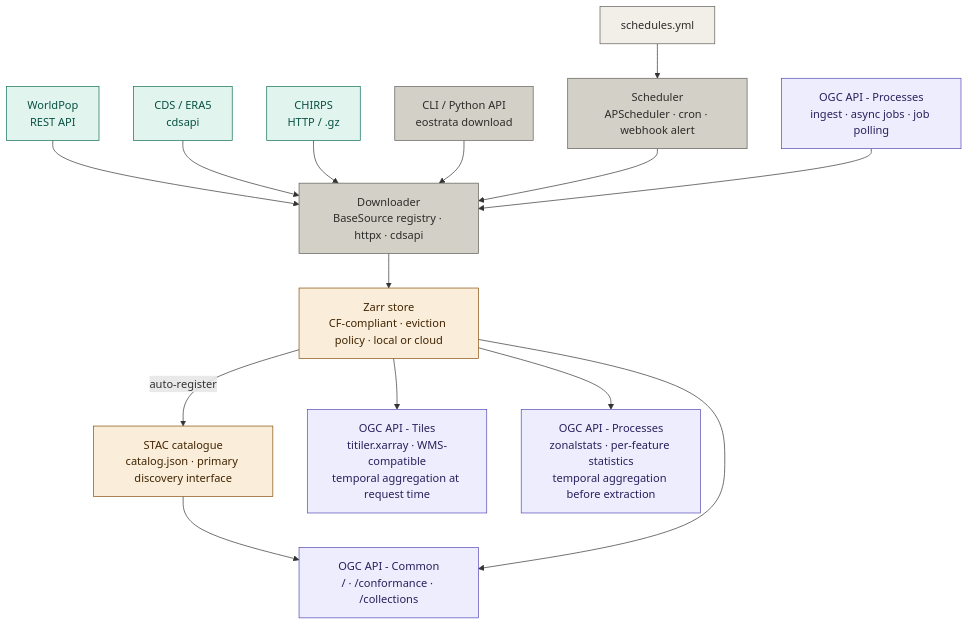
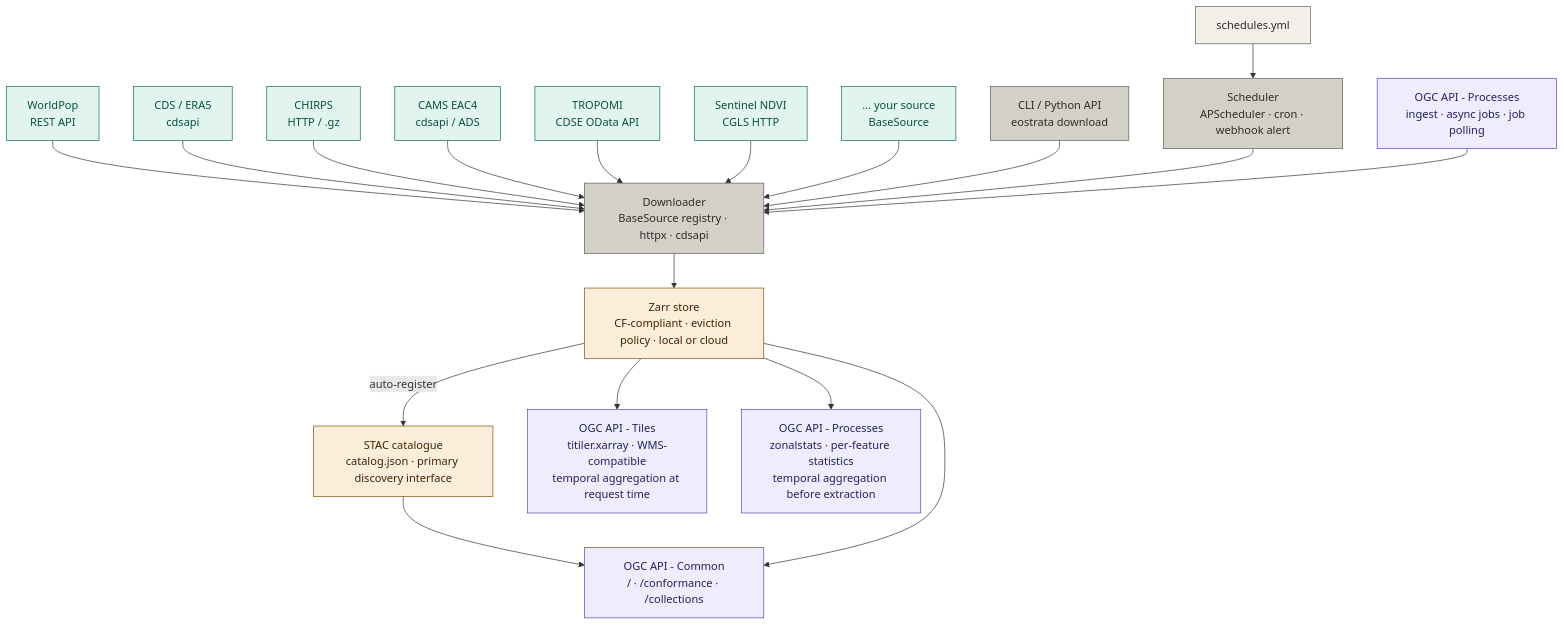
The diagram in README.md (BRaimbault/eostrata), drawn with Mermaid before and after one commit. The commit also changed other lines of this file and 13 other files, not shown here.

First line of the commit message:
feat: add CAMS and TROPOMI air pollution sources (#9)

````diff
--- a/README.md
+++ b/README.md
@@ -29,36 +36,40 @@
 ```mermaid
 flowchart TD
     WP["WorldPop\nREST API"]:::src
     CDS["CDS / ERA5\ncdsapi"]:::src
     CH["CHIRPS\nHTTP / .gz"]:::src
+    CAMS["CAMS EAC4\ncdsapi / ADS"]:::src
+    TR["TROPOMI\nCDSE OData API"]:::src
+    ND["Sentinel NDVI\nCGLS HTTP"]:::src
+    MORE["… your source\nBaseSource"]:::src
 
     CLI["CLI / Python API\neostrata download"]:::infra
     SCH["Scheduler\nAPScheduler · cron · webhook alert"]:::infra
     SY["schedules.yml"]:::config
 
     DL["Downloader\nBaseSource registry · httpx · cdsapi"]:::infra
 
     ZS["Zarr store\nCF-compliant · eviction policy · local or cloud"]:::store
     CAT["STAC catalogue\ncatalog.json · primary discovery interface"]:::store
 
     TILE["OGC API - Tiles\ntitiler.xarray · WMS-compatible\ntemporal aggregation at request time"]:::serve
     ZON["OGC API - Processes\nzonalstats · per-feature statistics\ntemporal aggregation before extraction"]:::serve
     ING["OGC API - Processes\ningest · async jobs · job polling"]:::serve
     OGC["OGC API - Common\n/ · /conformance · /collections"]:::serve
 
-    WP & CDS & CH --> DL
+    WP & CDS & CH & CAMS & TR & ND & MORE --> DL
     CLI --> DL
     SY --> SCH
     SCH --> DL
     ING --> DL
     DL --> ZS
     ZS -->|auto-register| CAT
     CAT --> OGC
     ZS --> TILE & ZON & OGC
 
     classDef src    fill:#E1F5EE,stroke:#0F6E56,color:#085041
     classDef config fill:#F1EFE8,stroke:#5F5E5A,color:#2C2C2A
     classDef infra  fill:#D3D1C7,stroke:#5F5E5A,color:#2C2C2A
     classDef store  fill:#FAEEDA,stroke:#854F0B,color:#412402
     classDef serve  fill:#EEEDFE,stroke:#534AB7,color:#26215C
 ```
````
